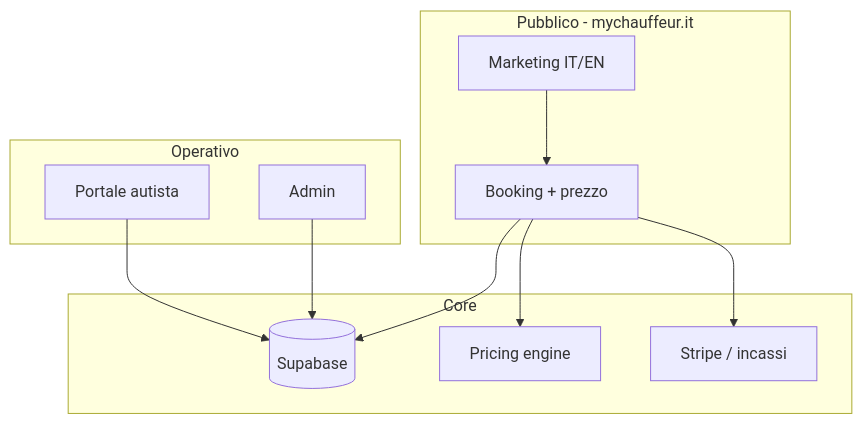
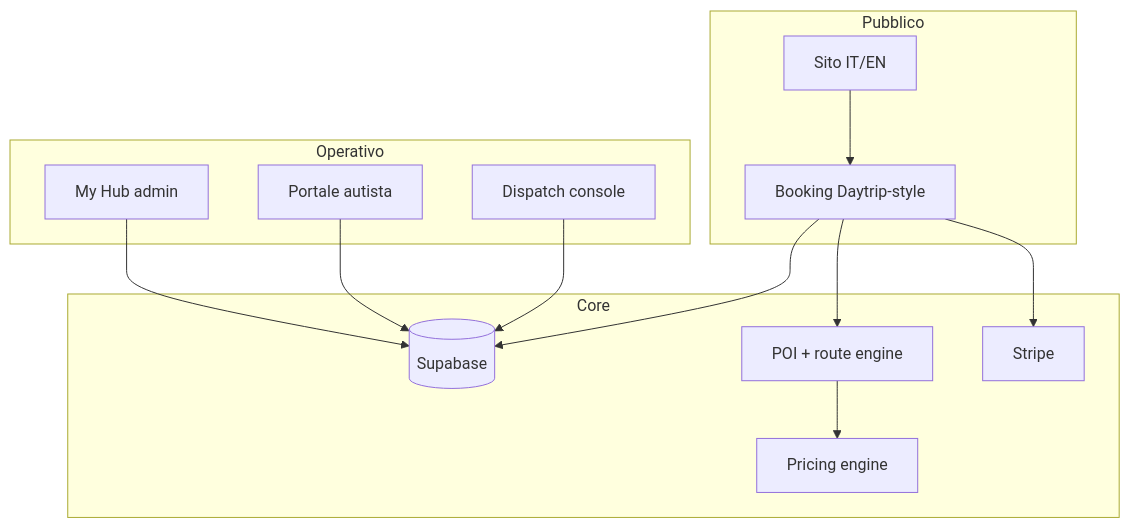
One commit to CrisCag/mychauffeur-new changed the second of 2 diagrams in PLATFORM_MAP.md. Above: the diagram before and after it, drawn with Mermaid. The commit also changed other lines of this file and 27 other files, not shown here.

First line of the commit message:
feat: instant booking flow with pricing, return trip, and date/time pickers

````diff
--- a/PLATFORM_MAP.md
+++ b/PLATFORM_MAP.md
@@ -14,21 +197,25 @@
 ```mermaid
 flowchart TB
-  subgraph public [Pubblico - mychauffeur.it]
-    MKT[Marketing IT/EN]
-    BOOK[Booking + prezzo]
+  subgraph public [Pubblico]
+    MKT[Sito IT/EN]
+    BOOK[Booking Daytrip-style]
   end
   subgraph ops [Operativo]
-    ADM[Admin]
+    DISP[Dispatch console]
     DRV[Portale autista]
+    HUB[My Hub admin]
   end
   subgraph core [Core]
     DB[(Supabase)]
+    POIENG[POI + route engine]
     PRICE[Pricing engine]
-    PAY[Stripe / incassi]
+    PAY[Stripe]
   end
-  MKT --> BOOK --> PRICE
+  MKT --> BOOK
+  BOOK --> POIENG --> PRICE
   BOOK --> DB
-  ADM --> DB
+  DISP --> DB
   DRV --> DB
+  HUB --> DB
   BOOK --> PAY
 ```
````
